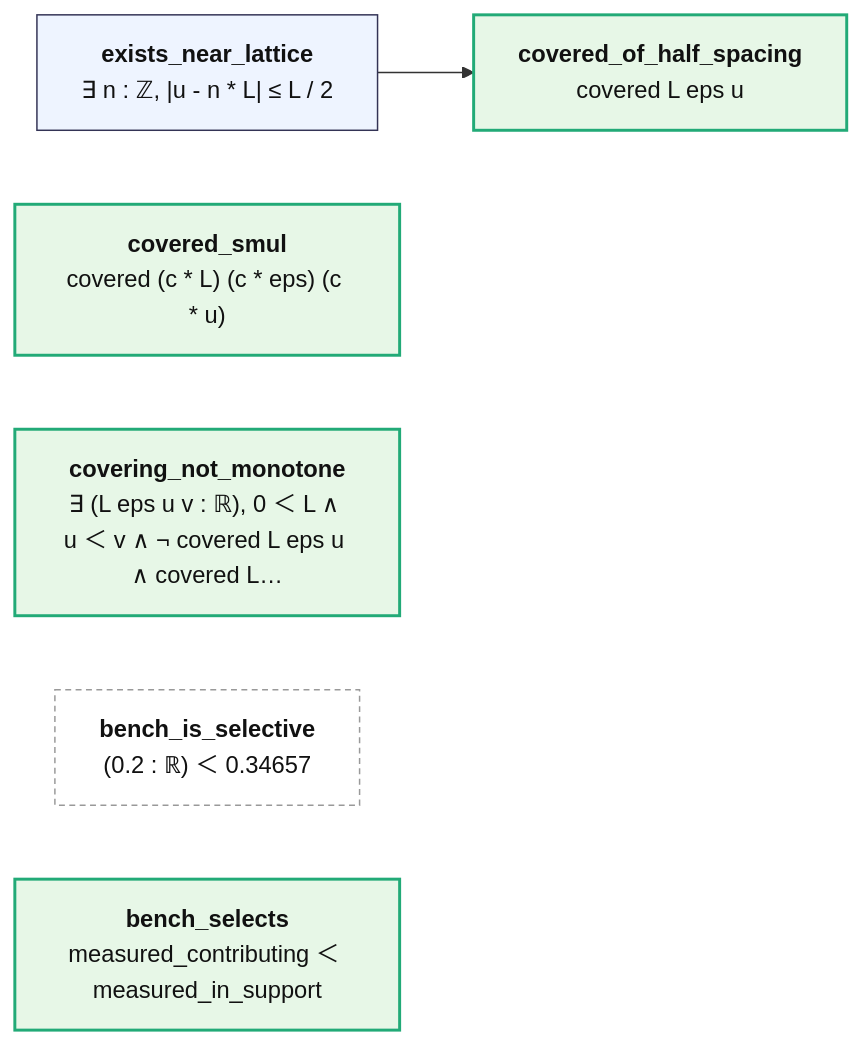
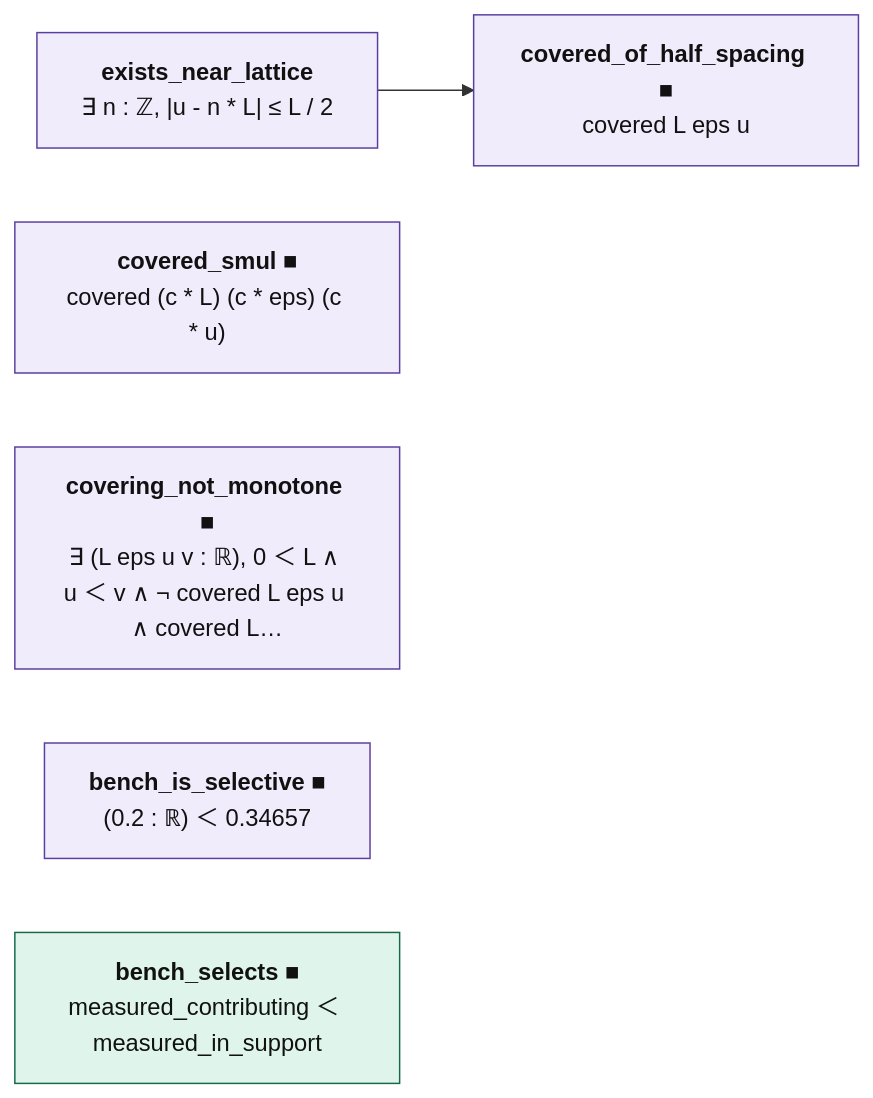
One commit to juliansambranojr/Primebeat_081426 changed the diagram in map/lean/Covering.md. Above: the diagram before and after it, drawn with Mermaid. The commit also changed other lines of this file and 398 other files, not shown here.

````diff
--- a/map/lean/Covering.md
+++ b/map/lean/Covering.md
@@ -12,15 +12,18 @@
 ```mermaid
 flowchart LR
-  n0["<b>exists_near_lattice</b><br/>∃ n : ℤ, |u - n * L| ≤ L / 2"]:::thm
-  n1["<b>covered_of_half_spacing</b><br/>covered L eps u"]:::end_
-  n2["<b>covered_smul</b><br/>covered (c * L) (c * eps) (c * u)"]:::end_
-  n3["<b>covering_not_monotone</b><br/>∃ (L eps u v : ℝ), 0 ＜ L ∧ u ＜ v ∧ ¬ covered L eps u ∧ covered L…"]:::end_
-  n4["<b>bench_is_selective</b><br/>(0.2 : ℝ) ＜ 0.34657"]:::lone
-  n5["<b>bench_selects</b><br/>measured_contributing ＜ measured_in_support"]:::end_
+  n0["<b>exists_near_lattice</b><br/>∃ n : ℤ, |u - n * L| ≤ L / 2"]:::shp
+  n1["<b>covered_of_half_spacing ■</b><br/>covered L eps u"]:::shp
+  n2["<b>covered_smul ■</b><br/>covered (c * L) (c * eps) (c * u)"]:::shp
+  n3["<b>covering_not_monotone ■</b><br/>∃ (L eps u v : ℝ), 0 ＜ L ∧ u ＜ v ∧ ¬ covered L eps u ∧ covered L…"]:::shp
+  n4["<b>bench_is_selective ■</b><br/>(0.2 : ℝ) ＜ 0.34657"]:::shp
+  n5["<b>bench_selects ■</b><br/>measured_contributing ＜ measured_in_support"]:::cnt
   n0 --> n1
+  classDef cnt fill:#dff5ec,stroke:#17694a,color:#111
+  classDef shp fill:#f1ecfb,stroke:#5b3fa0,color:#111
+  classDef rh fill:#ffe5e5,stroke:#c22,color:#111,stroke-width:2px
   classDef thm fill:#eef4ff,stroke:#335,color:#111
   classDef end_ fill:#e7f7e7,stroke:#2a7,color:#111,stroke-width:2px
   classDef lone fill:#fff,stroke:#999,color:#111,stroke-dasharray:4 3
   classDef bad fill:#ffe5e5,stroke:#c22,color:#111,stroke-width:2px
   classDef ext fill:#fff8e1,stroke:#b80,color:#111
 ```
````
